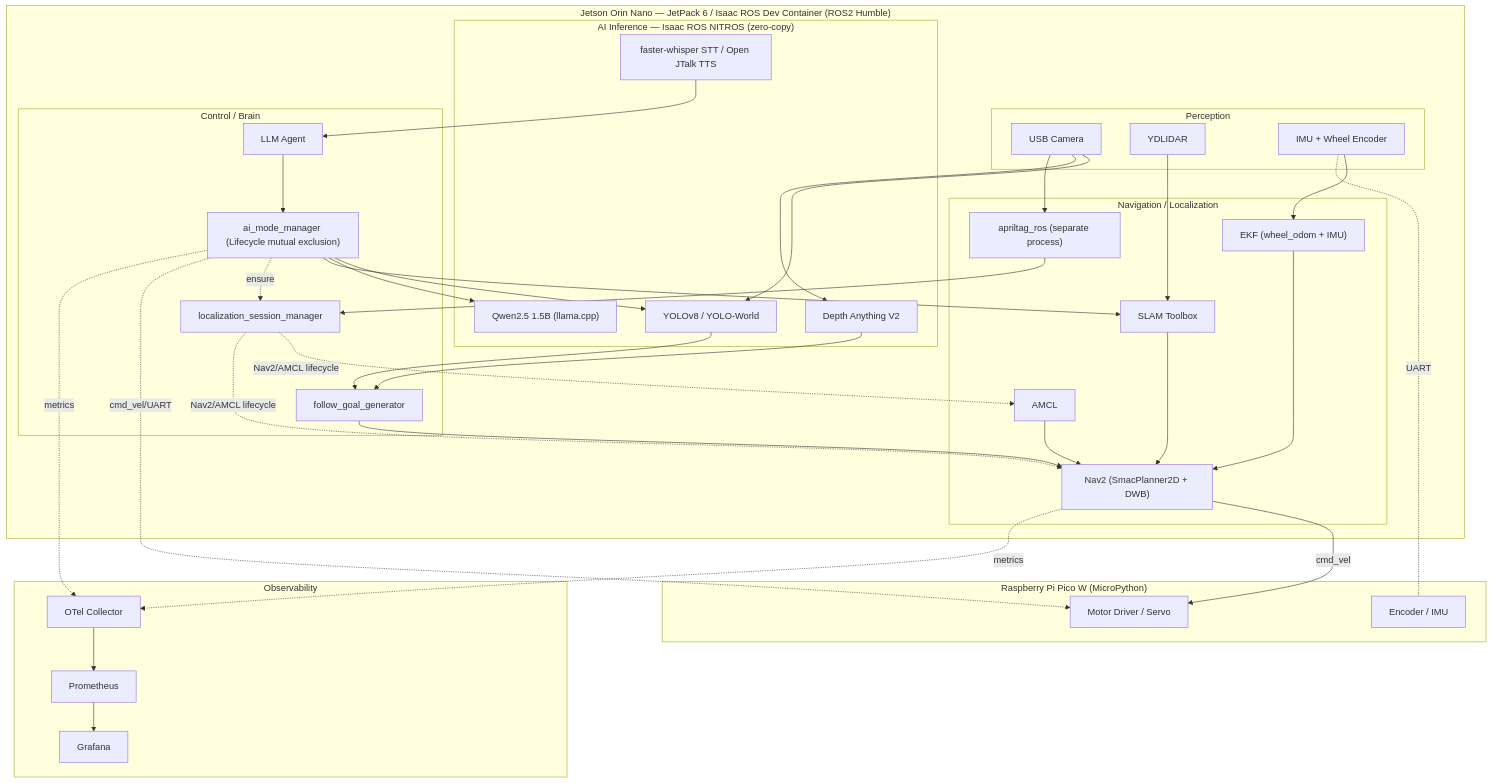
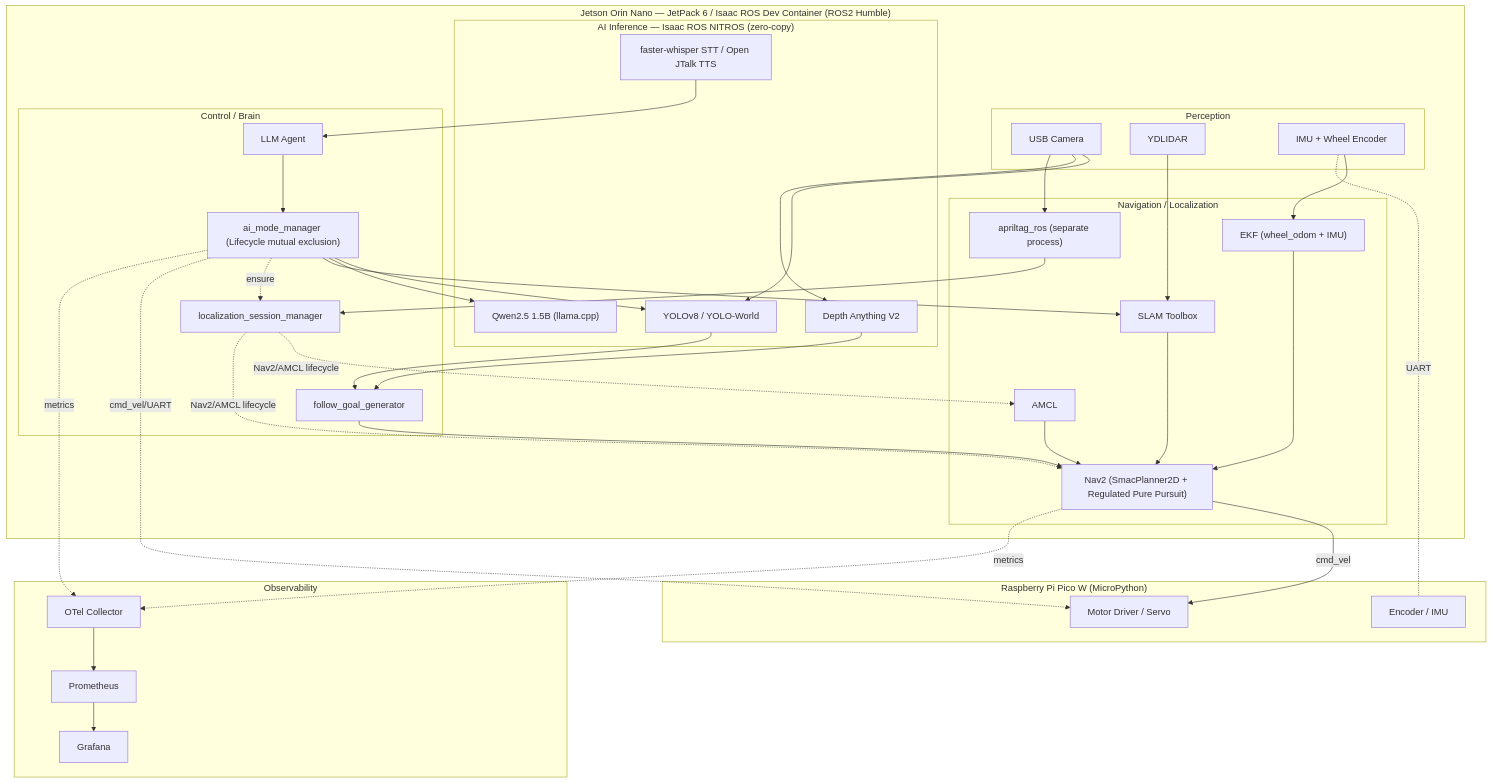
One commit to toyof/edge-ai-robotics-showcase changed the second of 2 diagrams in README.en.md. Above: the diagram before and after it, drawn with Mermaid. The commit also changed other lines of this file and 7 other files, not shown here.

````diff
--- a/README.en.md
+++ b/README.en.md
@@ -489,64 +489,64 @@
 ```mermaid
 flowchart TB
     subgraph MCU["Raspberry Pi Pico W (MicroPython)"]
         MOT["Motor Driver / Servo"]
         ENC["Encoder / IMU"]
     end
 
     subgraph JETSON["Jetson Orin Nano — JetPack 6 / Isaac ROS Dev Container (ROS2 Humble)"]
         subgraph PERC["Perception"]
             CAM["USB Camera"]
             LID["YDLIDAR"]
             SENS["IMU + Wheel Encoder"]
         end
         subgraph AI["AI Inference — Isaac ROS NITROS (zero-copy)"]
             YOLO["YOLOv8 / YOLO-World"]
             DEPTH["Depth Anything V2"]
             LLM["Qwen2.5 1.5B (llama.cpp)"]
             STT["faster-whisper STT / Open JTalk TTS"]
         end
         subgraph NAV["Navigation / Localization"]
             SLAM["SLAM Toolbox"]
             APRILTAG["apriltag_ros (separate process)"]
             AMCL["AMCL"]
             EKF["EKF (wheel_odom + IMU)"]
-            NAV2["Nav2 (SmacPlanner2D + DWB)"]
+            NAV2["Nav2 (SmacPlanner2D + Regulated Pure Pursuit)"]
         end
         subgraph CTRL["Control / Brain"]
             MODE["ai_mode_manager (Lifecycle mutual exclusion)"]
             LOCMGR["localization_session_manager"]
             FOLLOW["follow_goal_generator"]
             AGENT["LLM Agent"]
         end
     end
 
     subgraph OBS["Observability"]
         OTEL["OTel Collector"]
         PROM["Prometheus"]
         GRAF["Grafana"]
     end
 
     CAM --> YOLO & DEPTH & APRILTAG
     LID --> SLAM
     SENS --> EKF
     SENS -. UART .- ENC
 
     STT --> AGENT
     AGENT --> MODE
     MODE --> YOLO & LLM & SLAM
     MODE -. ensure .-> LOCMGR
     APRILTAG --> LOCMGR
     LOCMGR -. Nav2/AMCL lifecycle .-> AMCL & NAV2
     YOLO --> FOLLOW
     DEPTH --> FOLLOW
     EKF --> NAV2
     SLAM --> NAV2
     AMCL --> NAV2
     FOLLOW --> NAV2
     NAV2 -->|cmd_vel| MOT
     MODE -. cmd_vel/UART .-> MOT
 
     MODE -.metrics.-> OTEL
     NAV2 -.metrics.-> OTEL
     OTEL --> PROM --> GRAF
 ```
````
